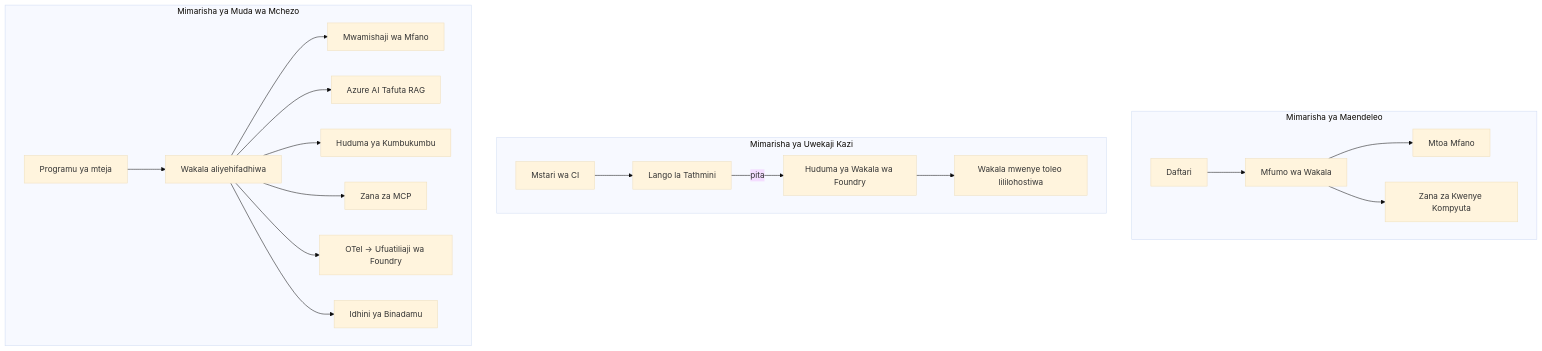
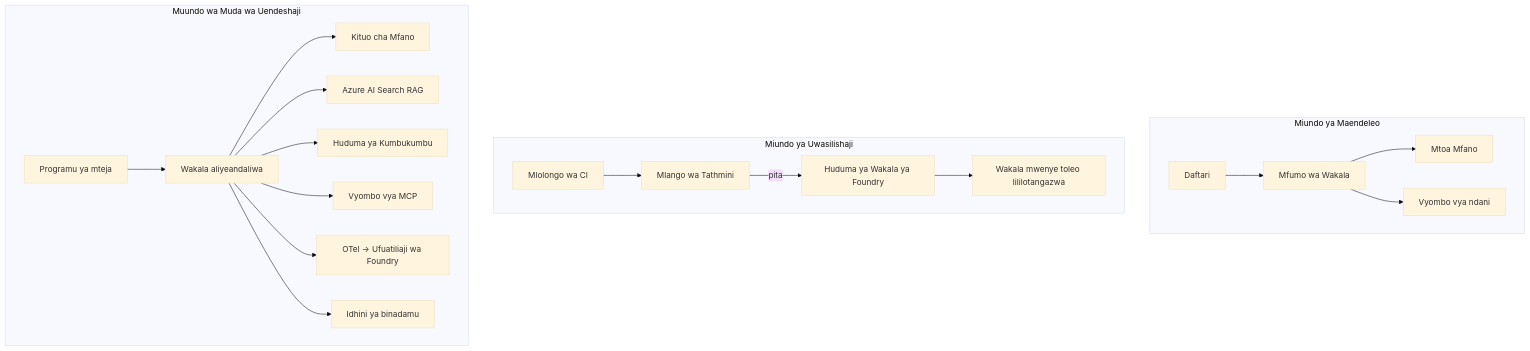
The fourth of 4 diagrams in mirrors/repos/microsoft@ai-agents-for-beginners/translations/sw/16-deploying-scalable-agents/README.md (gabrielmoreira/agent-skills-mirror), drawn with Mermaid (base theme) before and after one commit. The commit also changed other lines of this file and 3581 other files, not shown here.

````diff
--- a/mirrors/repos/microsoft@ai-agents-for-beginners/translations/sw/16-deploying-scalable-agents/README.md
+++ b/mirrors/repos/microsoft@ai-agents-for-beginners/translations/sw/16-deploying-scalable-agents/README.md
@@ -185,22 +185,22 @@
 ```mermaid
 flowchart TB
-    subgraph Dev[Mimarisha ya Maendeleo]
+    subgraph Dev[Miundo ya Maendeleo]
         D1[Daftari] --> D2[Mfumo wa Wakala]
         D2 --> D3[Mtoa Mfano]
-        D2 --> D4[Zana za Kwenye Kompyuta]
+        D2 --> D4[Vyombo vya ndani]
     end
-    subgraph Deploy[Mimarisha ya Uwekaji Kazi]
-        E1[Mstari wa CI] --> E2[Lango la Tathmini]
-        E2 -->|pita| E3[Huduma ya Wakala wa Foundry]
-        E3 --> E4[Wakala mwenye toleo lililohostiwa]
+    subgraph Deploy[Miundo ya Uwasilishaji]
+        E1[Mlolongo wa CI] --> E2[Mlango wa Tathmini]
+        E2 -->|pita| E3[Huduma ya Wakala ya Foundry]
+        E3 --> E4[Wakala mwenye toleo lililotangazwa]
     end
-    subgraph Run[Mimarisha ya Muda wa Mchezo]
-        F1[Programu ya mteja] --> F2[Wakala aliyehifadhiwa]
-        F2 --> F3[Mwamishaji wa Mfano]
-        F2 --> F4[Azure AI Tafuta RAG]
+    subgraph Run[Muundo wa Muda wa Uendeshaji]
+        F1[Programu ya mteja] --> F2[Wakala aliyeandaliwa]
+        F2 --> F3[Kituo cha Mfano]
+        F2 --> F4[Azure AI Search RAG]
         F2 --> F5[Huduma ya Kumbukumbu]
-        F2 --> F6[Zana za MCP]
+        F2 --> F6[Vyombo vya MCP]
         F2 --> F7[OTel -> Ufuatiliaji wa Foundry]
-        F2 --> F8[Idhini ya Binadamu]
+        F2 --> F8[Idhini ya binadamu]
     end
 ```
````
